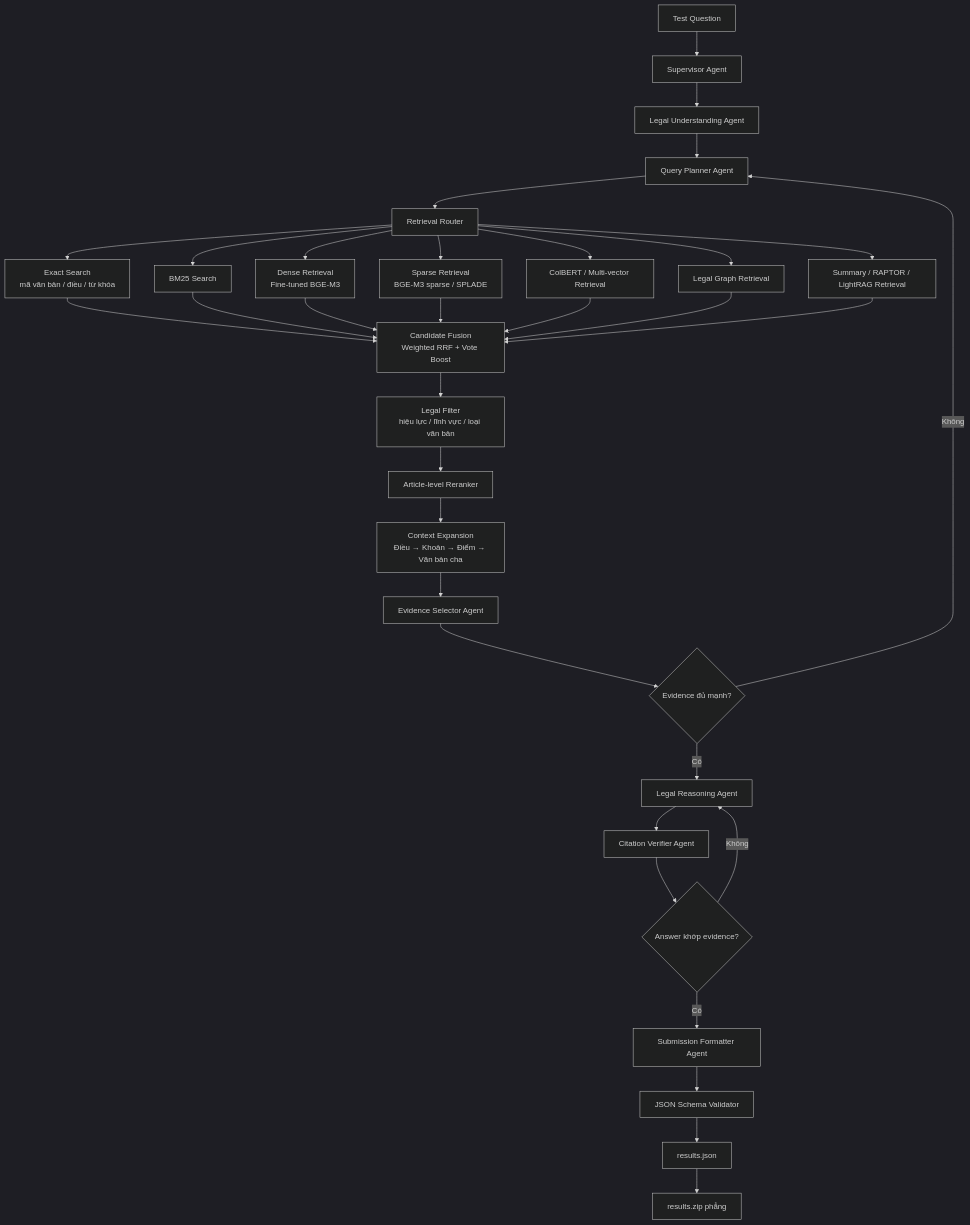
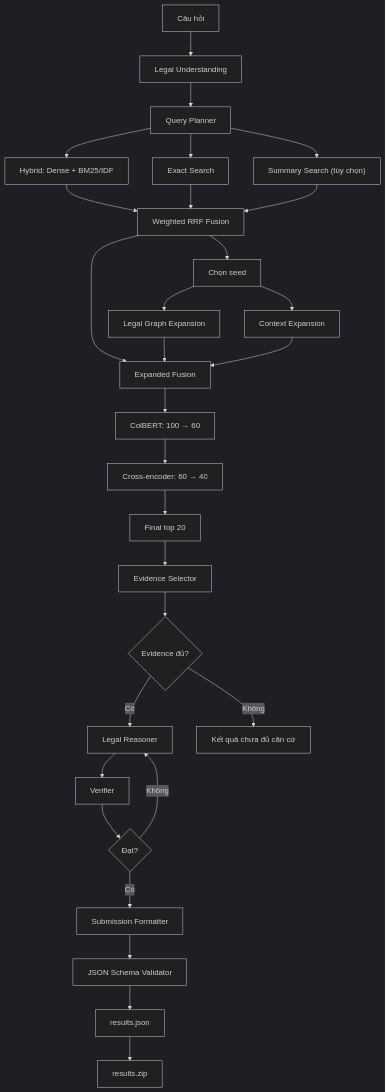
One commit to tutran27/legal-rag-agentic changed the diagram in README.md. Above: the diagram before and after it, drawn with Mermaid (dark theme). The commit also changed other lines of this file and 47 other files, not shown here.

````diff
--- a/README.md
+++ b/README.md
@@ -7,44 +32,38 @@
 ```mermaid
 flowchart TD
-    A[Test Question] --> B[Supervisor Agent]
-    B --> C[Legal Understanding Agent]
-    C --> D[Query Planner Agent]
+    A["Câu hỏi"] --> B["Legal Understanding"]
+    B --> C["Query Planner"]
 
-    D --> E[Retrieval Router]
+    C --> D1["Hybrid: Dense + BM25/IDF"]
+    C --> D2["Exact Search"]
+    C --> D3["Summary Search (tùy chọn)"]
 
-    E --> R1[Exact Search<br/>mã văn bản / điều / từ khóa]
-    E --> R2[BM25 Search]
-    E --> R3[Dense Retrieval<br/>Fine-tuned BGE-M3]
-    E --> R4[Sparse Retrieval<br/>BGE-M3 sparse / SPLADE]
-    E --> R5[ColBERT / Multi-vector Retrieval]
-    E --> R6[Legal Graph Retrieval]
-    E --> R7[Summary / RAPTOR / LightRAG Retrieval]
+    D1 --> E["Weighted RRF Fusion"]
+    D2 --> E
+    D3 --> E
 
-    R1 --> F[Candidate Fusion<br/>Weighted RRF + Vote Boost]
-    R2 --> F
-    R3 --> F
-    R4 --> F
-    R5 --> F
-    R6 --> F
-    R7 --> F
+    E --> F["Chọn seed"]
+    F --> G1["Legal Graph Expansion"]
+    F --> G2["Context Expansion"]
 
-    F --> G[Legal Filter<br/>hiệu lực / lĩnh vực / loại văn bản]
-    G --> H[Article-level Reranker]
-    H --> I[Context Expansion<br/>Điều → Khoản → Điểm → Văn bản cha]
-    I --> J[Evidence Selector Agent]
+    E --> H["Expanded Fusion"]
+    G1 --> H
+    G2 --> H
 
-    J --> K{Evidence đủ mạnh?}
+    H --> I["ColBERT: 100 → 60"]
+    I --> J["Cross-encoder: 60 → 40"]
+    J --> K["Final top 20"]
 
-    K -- Không --> D
-    K -- Có --> L[Legal Reasoning Agent]
+    K --> L["Evidence Selector"]
+    L --> M{"Evidence đủ?"}
+    M -- "Có" --> N["Legal Reasoner"]
+    M -- "Không" --> X["Kết quả chưa đủ căn cứ"]
 
-    L --> M[Citation Verifier Agent]
-    M --> N{Answer khớp evidence?}
-
-    N -- Không --> L
-    N -- Có --> O[Submission Formatter Agent]
-
-    O --> P[JSON Schema Validator]
-    P --> Q[results.json]
-    Q --> Z[results.zip phẳng]
+    N --> O["Verifier"]
+    O --> P{"Đạt?"}
+    P -- "Không" --> N
+    P -- "Có" --> Q["Submission Formatter"]
+    Q --> R["JSON Schema Validator"]
+    R --> S["results.json"]
+    S --> T["results.zip"]
 ```
````
